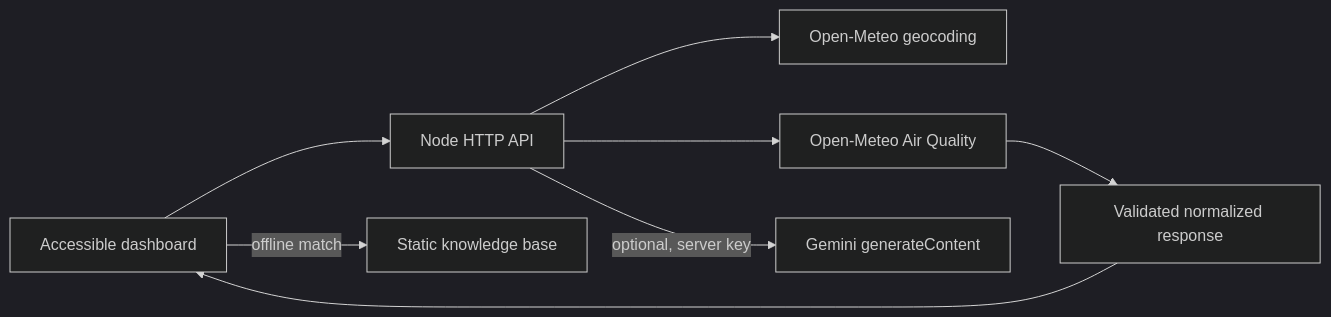
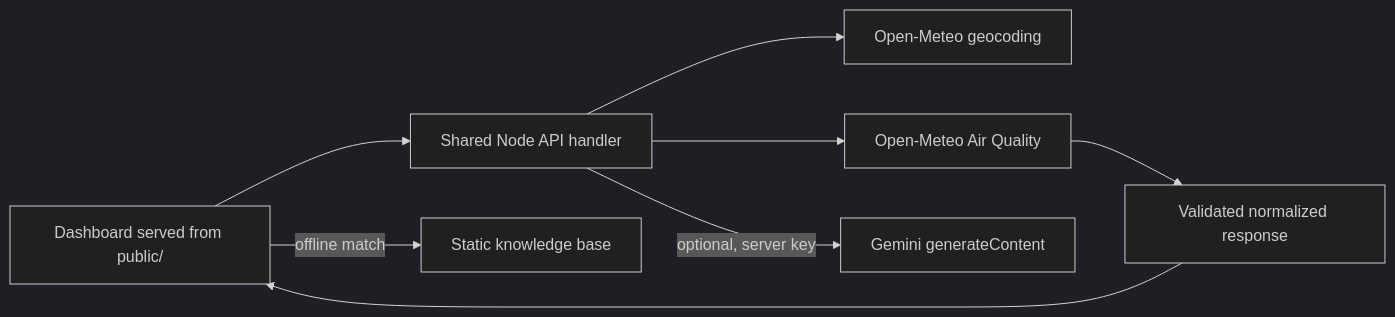
Before and after one commit to Sandesh2311/airwise-ai: the diagram in README.md, drawn with Mermaid (dark theme). The commit also changed other lines of this file and 8 other files, not shown here.

````diff
--- a/README.md
+++ b/README.md
@@ -22,10 +22,10 @@
 ```mermaid
 flowchart LR
-  Browser[Accessible dashboard] --> App[Node HTTP API]
+  Browser[Dashboard served from public/] --> App[Shared Node API handler]
   App --> Geo[Open-Meteo geocoding]
   App --> AQ[Open-Meteo Air Quality]
   Browser -->|offline match| KB[Static knowledge base]
   App -->|optional, server key| Gemini[Gemini generateContent]
   AQ --> Normalize[Validated normalized response]
   Normalize --> Browser
 ```
````
